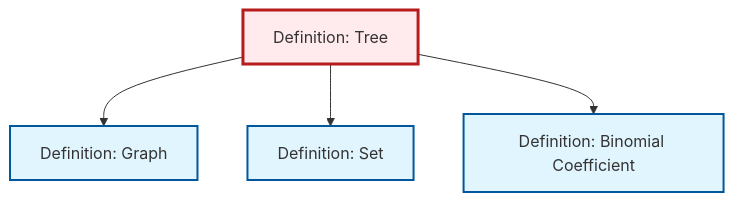
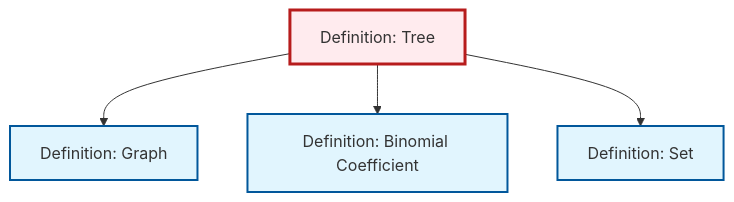
One commit to RK0429/ModernMath changed the diagram in output/mermaid/def-tree.mermaid. Above: the diagram before and after it, drawn with Mermaid. The commit also changed other lines of this file and 491 other files, not shown here.

```diff
--- a/output/mermaid/def-tree.mermaid
+++ b/output/mermaid/def-tree.mermaid
@@ -1,15 +1,15 @@
 %%| fig-cap: "Local dependency graph"
 graph TD
     classDef definition fill:#e1f5fe,stroke:#01579b,stroke-width:2px
     classDef theorem fill:#f3e5f5,stroke:#4a148c,stroke-width:2px
     classDef axiom fill:#fff3e0,stroke:#e65100,stroke-width:2px
     classDef example fill:#e8f5e9,stroke:#1b5e20,stroke-width:2px
     classDef current fill:#ffebee,stroke:#b71c1c,stroke-width:3px
-    def-set["Definition: Set"]:::definition
+    def-tree["Definition: Tree"]:::definition
     def-binomial-coefficient["Definition: Binomial Coefficient"]:::definition
     def-graph["Definition: Graph"]:::definition
-    def-tree["Definition: Tree"]:::definition
+    def-set["Definition: Set"]:::definition
     def-tree --> def-graph
+    def-tree --> def-binomial-coefficient
     def-tree --> def-set
-    def-tree --> def-binomial-coefficient
     class def-tree current
```
